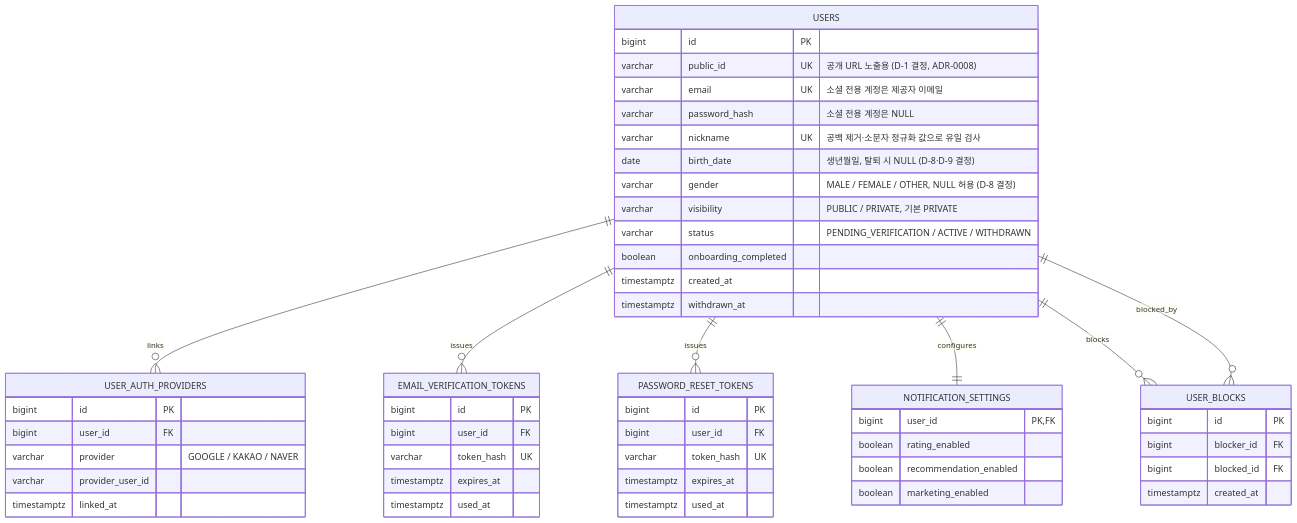
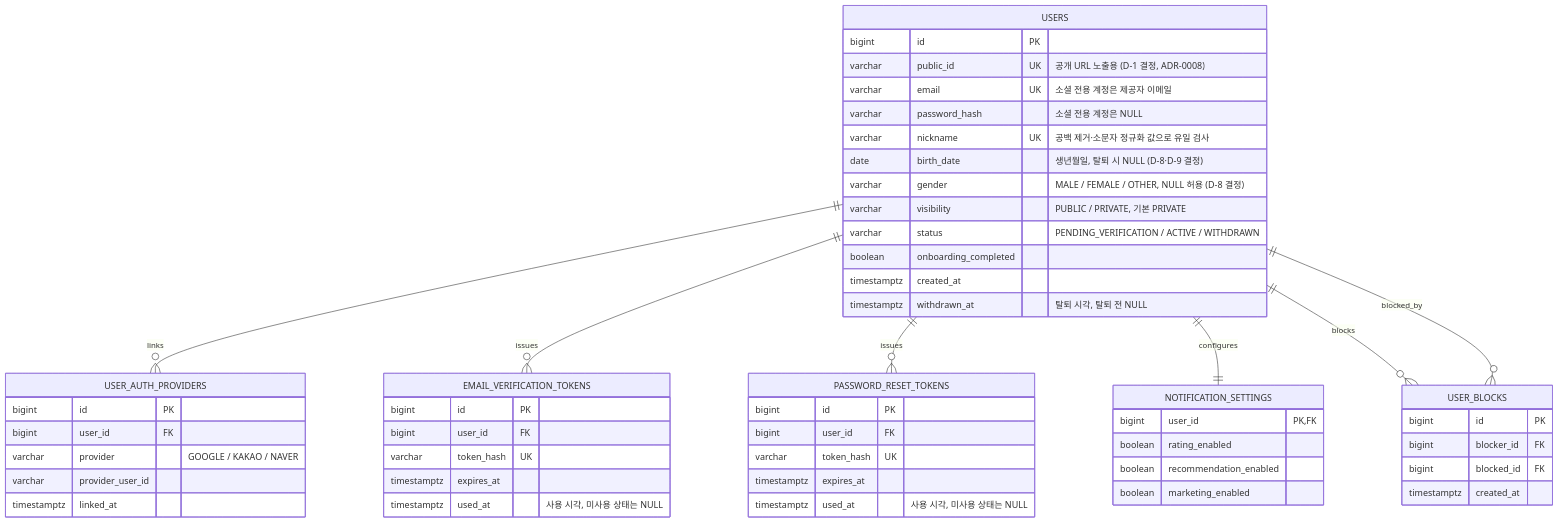
Before and after one commit to koongya-studio/feelm: the second of 8 diagrams in docs/erd.md, drawn with Mermaid. The commit also changed other lines of this file and 3 other files, not shown here.

Commit message:
[S15P21E106-186] docs: ERD nullable 표기와 물리 스키마 NULL 규칙 정합성 정리

````diff
--- a/docs/erd.md
+++ b/docs/erd.md
@@ -51,57 +51,57 @@
 ```mermaid
 erDiagram
     USERS {
         bigint id PK
         varchar public_id UK "공개 URL 노출용 (D-1 결정, ADR-0008)"
         varchar email UK "소셜 전용 계정은 제공자 이메일"
         varchar password_hash "소셜 전용 계정은 NULL"
         varchar nickname UK "공백 제거·소문자 정규화 값으로 유일 검사"
         date birth_date "생년월일, 탈퇴 시 NULL (D-8·D-9 결정)"
         varchar gender "MALE / FEMALE / OTHER, NULL 허용 (D-8 결정)"
         varchar visibility "PUBLIC / PRIVATE, 기본 PRIVATE"
         varchar status "PENDING_VERIFICATION / ACTIVE / WITHDRAWN"
         boolean onboarding_completed
         timestamptz created_at
-        timestamptz withdrawn_at
+        timestamptz withdrawn_at "탈퇴 시각, 탈퇴 전 NULL"
     }
     USER_AUTH_PROVIDERS {
         bigint id PK
         bigint user_id FK
         varchar provider "GOOGLE / KAKAO / NAVER"
         varchar provider_user_id
         timestamptz linked_at
     }
     EMAIL_VERIFICATION_TOKENS {
         bigint id PK
         bigint user_id FK
         varchar token_hash UK
         timestamptz expires_at
-        timestamptz used_at
+        timestamptz used_at "사용 시각, 미사용 상태는 NULL"
     }
     PASSWORD_RESET_TOKENS {
         bigint id PK
         bigint user_id FK
         varchar token_hash UK
         timestamptz expires_at
-        timestamptz used_at
+        timestamptz used_at "사용 시각, 미사용 상태는 NULL"
     }
     NOTIFICATION_SETTINGS {
         bigint user_id PK, FK
         boolean rating_enabled
         boolean recommendation_enabled
         boolean marketing_enabled
     }
     USER_BLOCKS {
         bigint id PK
         bigint blocker_id FK
         bigint blocked_id FK
         timestamptz created_at
     }
 
     USERS ||--o{ USER_AUTH_PROVIDERS : links
     USERS ||--o{ EMAIL_VERIFICATION_TOKENS : issues
     USERS ||--o{ PASSWORD_RESET_TOKENS : issues
     USERS ||--|| NOTIFICATION_SETTINGS : configures
     USERS ||--o{ USER_BLOCKS : blocks
     USERS ||--o{ USER_BLOCKS : blocked_by
 ```
````
